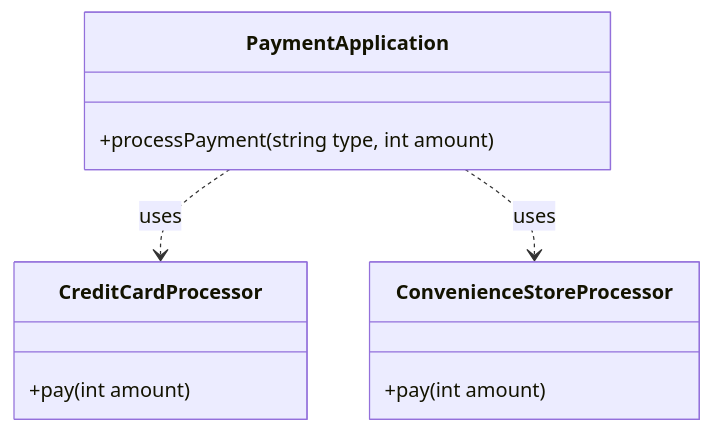
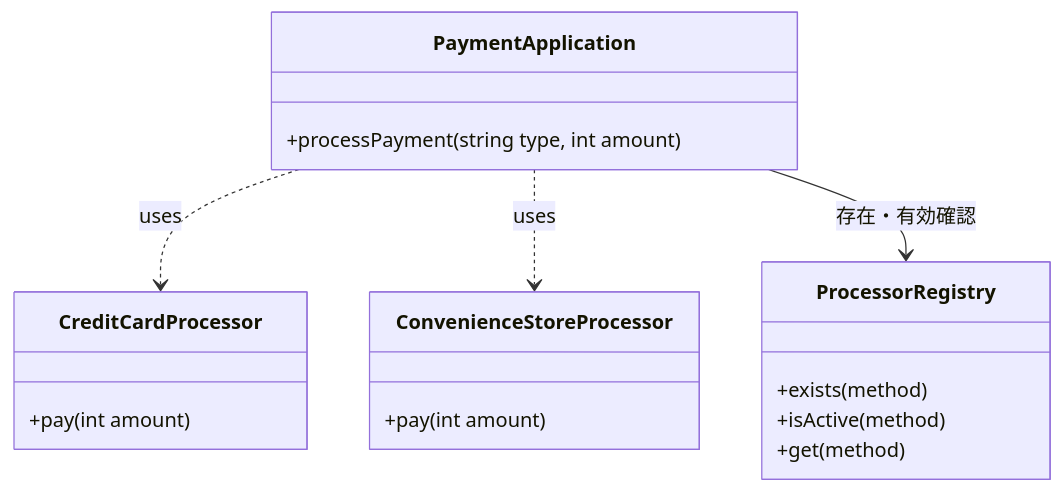
One commit to kumachan1101-pixel/DesignPattern changed the second of 6 diagrams in kindle/design-patterns/output/chapter08.md. Above: the diagram before and after it, drawn with Mermaid. The commit also changed other lines of this file and 1 other file, not shown here.

````diff
--- a/kindle/design-patterns/output/chapter08.md
+++ b/kindle/design-patterns/output/chapter08.md
@@ -128,14 +120,20 @@
 ```mermaid
 classDiagram
     class PaymentApplication {
         +processPayment(string type, int amount)
     }
     class CreditCardProcessor {
         +pay(int amount)
     }
     class ConvenienceStoreProcessor {
         +pay(int amount)
     }
+    class ProcessorRegistry {
+        +exists(method)
+        +isActive(method)
+        +get(method)
+    }
     PaymentApplication ..> CreditCardProcessor : uses
     PaymentApplication ..> ConvenienceStoreProcessor : uses
+    PaymentApplication --> ProcessorRegistry : 存在・有効確認
 ```
````
